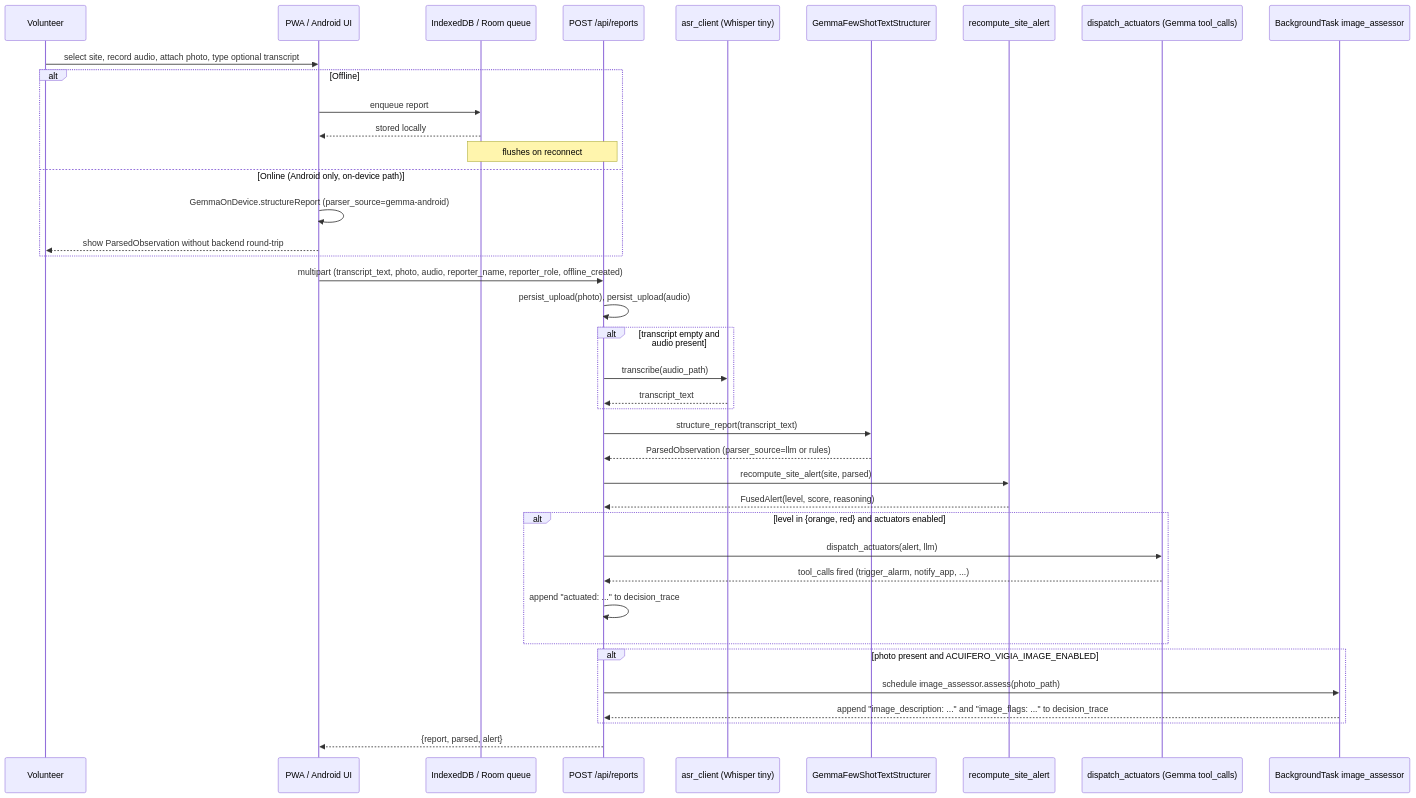
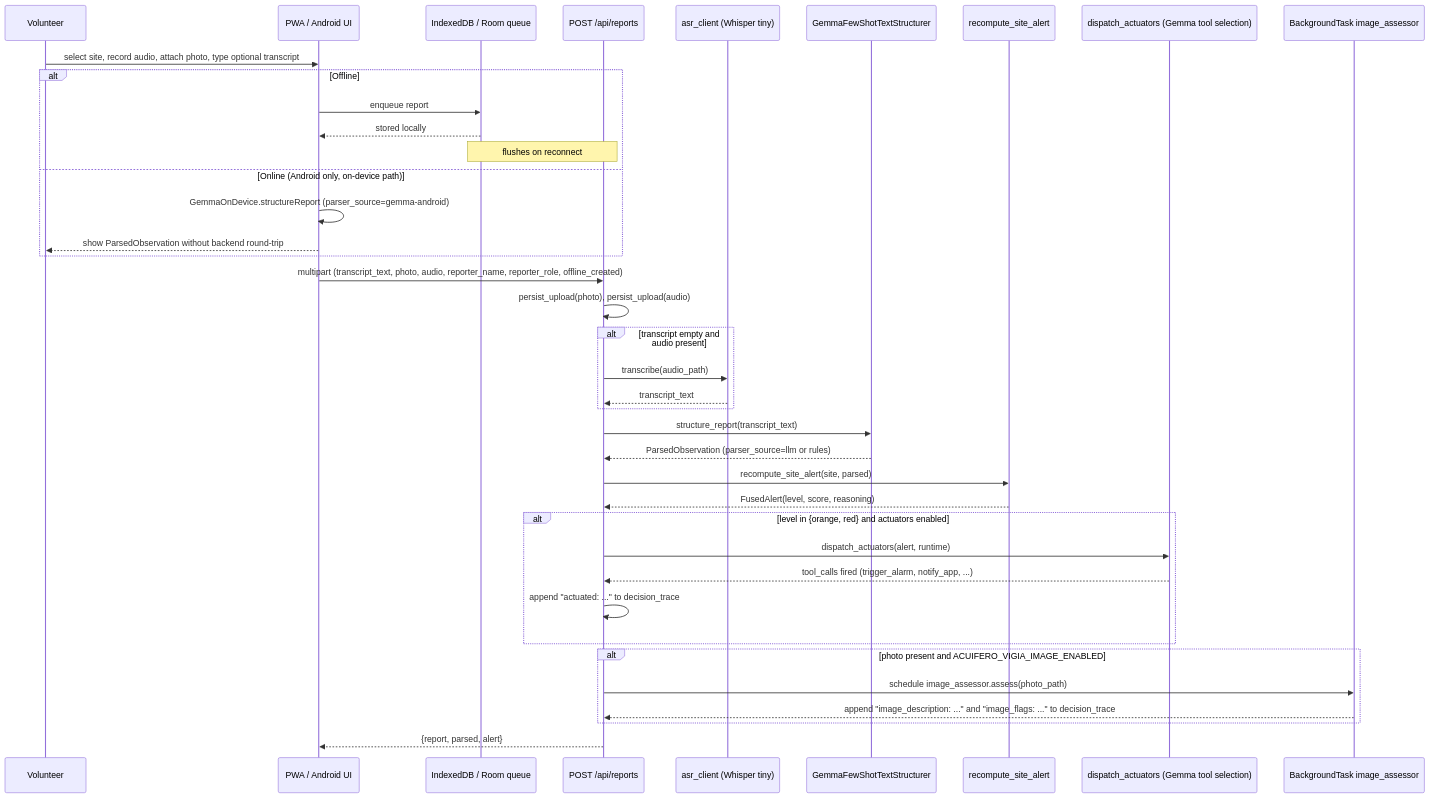
One commit to LucasErcolano/AcuIfero4Vigia changed the diagram in docs/hackathon/vigia.md. Above: the diagram before and after it, drawn with Mermaid. The commit also changed other lines of this file and 5 other files, not shown here.

````diff
--- a/docs/hackathon/vigia.md
+++ b/docs/hackathon/vigia.md
@@ -9,42 +9,42 @@
 ```mermaid
 sequenceDiagram
     participant V as Volunteer
     participant UI as PWA / Android UI
     participant Q as IndexedDB / Room queue
     participant API as POST /api/reports
     participant ASR as asr_client (Whisper tiny)
     participant STR as GemmaFewShotTextStructurer
     participant FUSE as recompute_site_alert
-    participant ACT as dispatch_actuators (Gemma tool_calls)
+    participant ACT as dispatch_actuators (Gemma tool selection)
     participant BG as BackgroundTask image_assessor
 
     V->>UI: select site, record audio, attach photo, type optional transcript
     alt Offline
         UI->>Q: enqueue report
         Q-->>UI: stored locally
         Note over Q,API: flushes on reconnect
     else Online (Android only, on-device path)
         UI->>UI: GemmaOnDevice.structureReport (parser_source=gemma-android)
         UI-->>V: show ParsedObservation without backend round-trip
     end
     UI->>API: multipart (transcript_text, photo, audio, reporter_name, reporter_role, offline_created)
     API->>API: persist_upload(photo), persist_upload(audio)
     alt transcript empty and audio present
         API->>ASR: transcribe(audio_path)
         ASR-->>API: transcript_text
     end
     API->>STR: structure_report(transcript_text)
     STR-->>API: ParsedObservation (parser_source=llm or rules)
     API->>FUSE: recompute_site_alert(site, parsed)
     FUSE-->>API: FusedAlert(level, score, reasoning)
     alt level in {orange, red} and actuators enabled
-        API->>ACT: dispatch_actuators(alert, llm)
+        API->>ACT: dispatch_actuators(alert, runtime)
         ACT-->>API: tool_calls fired (trigger_alarm, notify_app, ...)
         API->>API: append "actuated: ..." to decision_trace
     end
     alt photo present and ACUIFERO_VIGIA_IMAGE_ENABLED
         API->>BG: schedule image_assessor.assess(photo_path)
         BG-->>API: append "image_description: ..." and "image_flags: ..." to decision_trace
     end
     API-->>UI: {report, parsed, alert}
 ```
````
